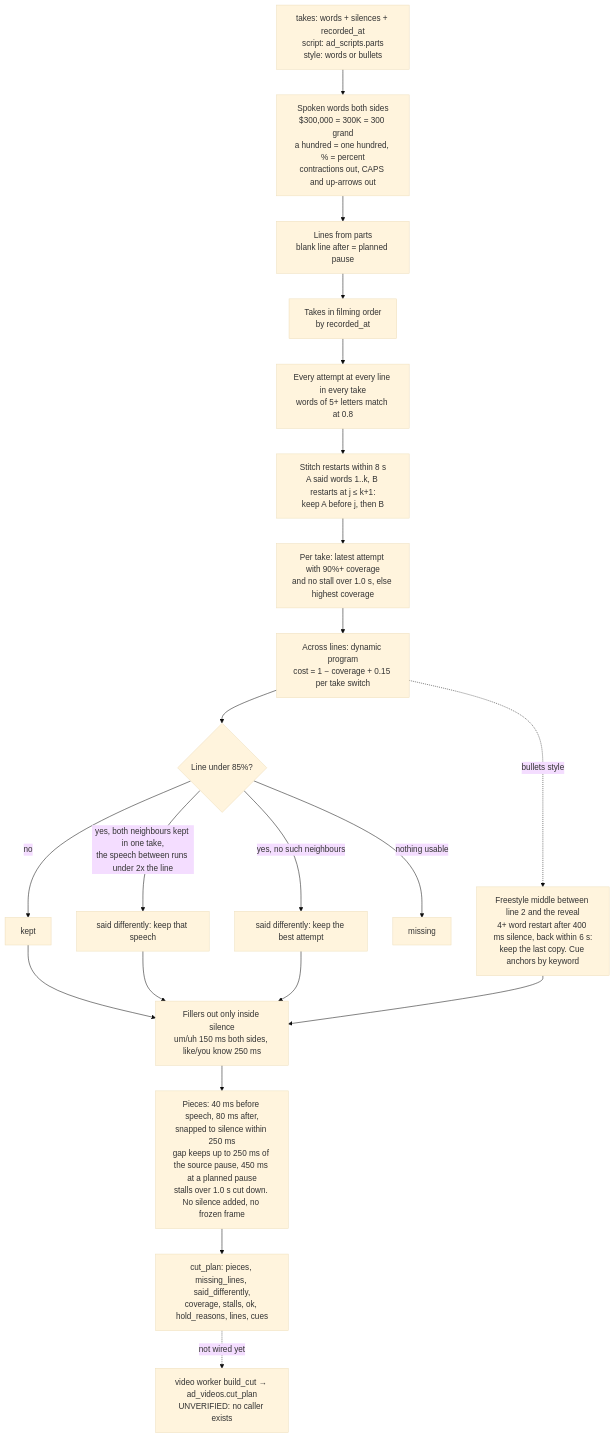
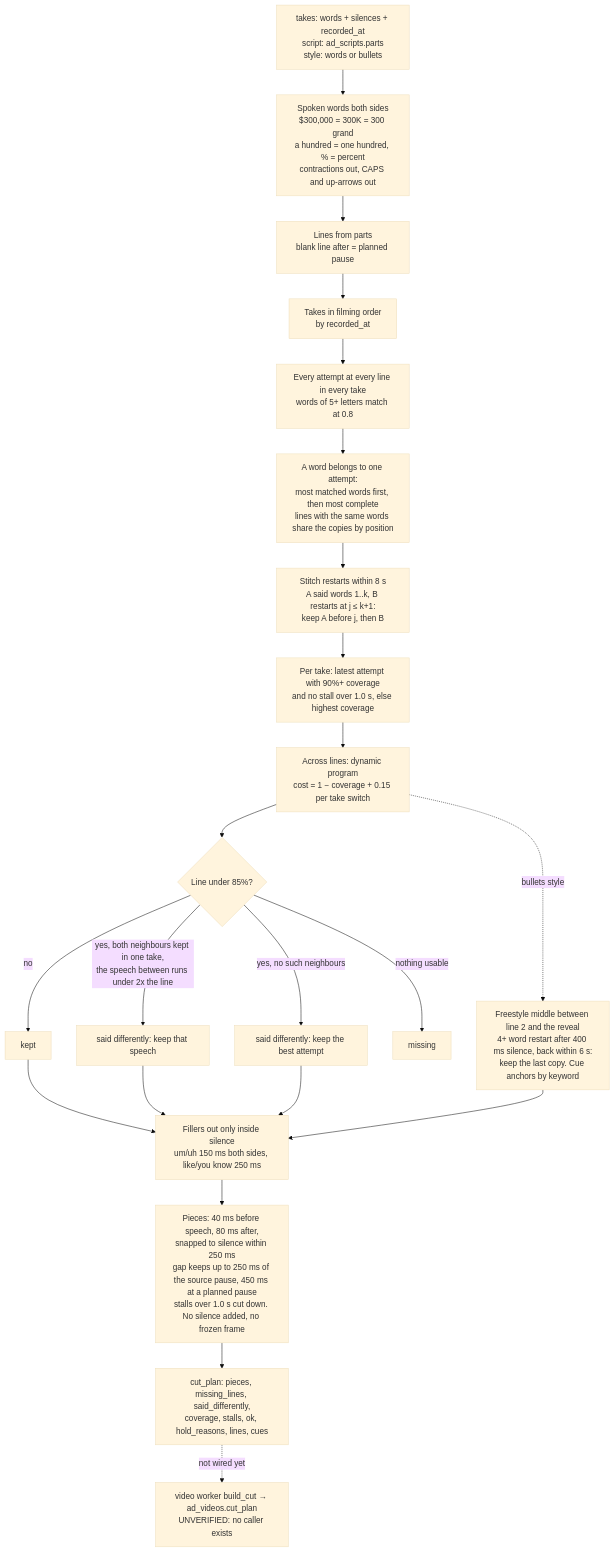
Before and after one commit to ZootimusMaximusSupreme/fundhub-platform: the second of 2 diagrams in docs/journeys/ad-video-flow.md, drawn with Mermaid (base theme). The commit also changed other lines of this file and 3 other files, not shown here.

First line of the commit message:
U16 review fixes: aligner word ownership, identical lines, no tail past file end

````diff
--- a/docs/journeys/ad-video-flow.md
+++ b/docs/journeys/ad-video-flow.md
@@ -395,23 +395,24 @@
 ```mermaid
 flowchart TD
     IN[takes: words + silences + recorded_at<br/>script: ad_scripts.parts<br/>style: words or bullets] --> N[Spoken words both sides<br/>$300,000 = 300K = 300 grand<br/>a hundred = one hundred, % = percent<br/>contractions out, CAPS and up-arrows out]
     N --> L[Lines from parts<br/>blank line after = planned pause]
     L --> T[Takes in filming order<br/>by recorded_at]
     T --> A[Every attempt at every line in every take<br/>words of 5+ letters match at 0.8]
-    A --> S[Stitch restarts within 8 s<br/>A said words 1..k, B restarts at j ≤ k+1:<br/>keep A before j, then B]
+    A --> SH[A word belongs to one attempt:<br/>most matched words first, then most complete<br/>lines with the same words share the copies by position]
+    SH --> S[Stitch restarts within 8 s<br/>A said words 1..k, B restarts at j ≤ k+1:<br/>keep A before j, then B]
     S --> R[Per take: latest attempt with 90%+ coverage<br/>and no stall over 1.0 s, else highest coverage]
     R --> D[Across lines: dynamic program<br/>cost = 1 − coverage + 0.15 per take switch]
     D --> Q{Line under 85%?}
     Q -->|no| K[kept]
     Q -->|yes, both neighbours kept in one take,<br/>the speech between runs under 2x the line| SD[said differently: keep that speech]
     Q -->|yes, no such neighbours| BA[said differently: keep the best attempt]
     Q -->|nothing usable| MI[missing]
     D -.->|bullets style| MID[Freestyle middle between line 2 and the reveal<br/>4+ word restart after 400 ms silence, back within 6 s:<br/>keep the last copy. Cue anchors by keyword]
     K --> F[Fillers out only inside silence<br/>um/uh 150 ms both sides, like/you know 250 ms]
     SD --> F
     BA --> F
     MID --> F
     F --> P[Pieces: 40 ms before speech, 80 ms after,<br/>snapped to silence within 250 ms<br/>gap keeps up to 250 ms of the source pause, 450 ms at a planned pause<br/>stalls over 1.0 s cut down. No silence added, no frozen frame]
     P --> OUT[cut_plan: pieces, missing_lines, said_differently,<br/>coverage, stalls, ok, hold_reasons, lines, cues]
     OUT -. not wired yet .-> W[video worker build_cut → ad_videos.cut_plan<br/>UNVERIFIED: no caller exists]
 ```
````
